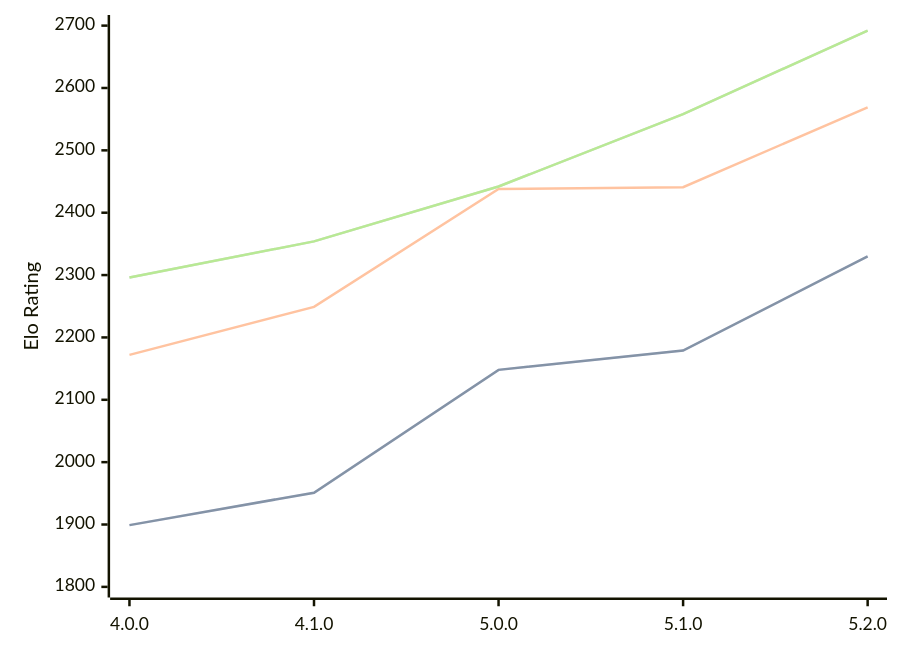
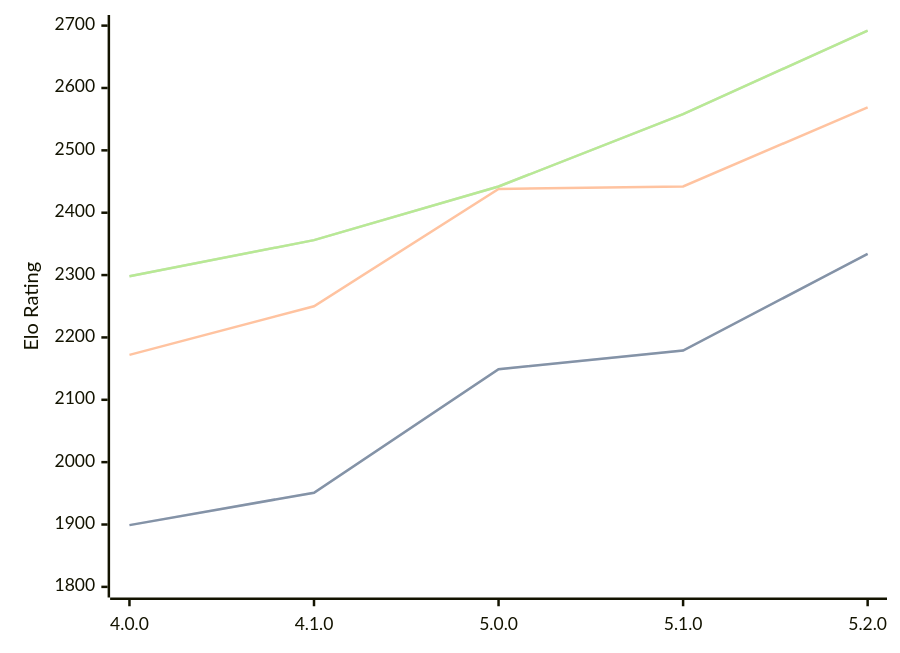
Before and after one commit to computer-chess-index/cci: the diagram in engines/Aconcagua.md, drawn with Mermaid. The commit also changed other lines of this file, not shown here.

Commit message:
Update CCI Ratings (ELO VLTC) - 2026-07-25

````diff
--- a/engines/Aconcagua.md
+++ b/engines/Aconcagua.md
@@ -44,11 +44,11 @@
 ```mermaid
 %%{init: {"theme":"base","themeVariables":{"seriesColors:['#a3a3a3','#222221','#faa371']}}}%%
 xychart-beta
   x-axis ["4.0.0", "4.1.0", "5.0.0", "5.1.0", "5.2.0"]
   y-axis "Elo Rating" 1800 --> 2700
-  line "STC (8.0+0.08s)" [1899, 1951, 2148, 2179, 2330]
-  line "STC (8.0+0.08s)" [1899, 1951, 2148, 2179, 2330]
-  line "LTC (60.0+0.60s)" [2172, 2249, 2438, 2441, 2569]
-  line "VLTC (2m24s+1.12s)" [2296, 2354, 2442, 2558, 2692]
-  line "VLTC (2m24s+1.12s)" [2296, 2354, 2442, 2558, 2692]
+  line "STC (8.0+0.08s)" [1899, 1951, 2149, 2179, 2334]
+  line "STC (8.0+0.08s)" [1899, 1951, 2149, 2179, 2334]
+  line "LTC (60.0+0.60s)" [2172, 2250, 2438, 2442, 2569]
+  line "VLTC (2m24s+1.12s)" [2298, 2356, 2442, 2558, 2692]
+  line "VLTC (2m24s+1.12s)" [2298, 2356, 2442, 2558, 2692]
 ```
````
